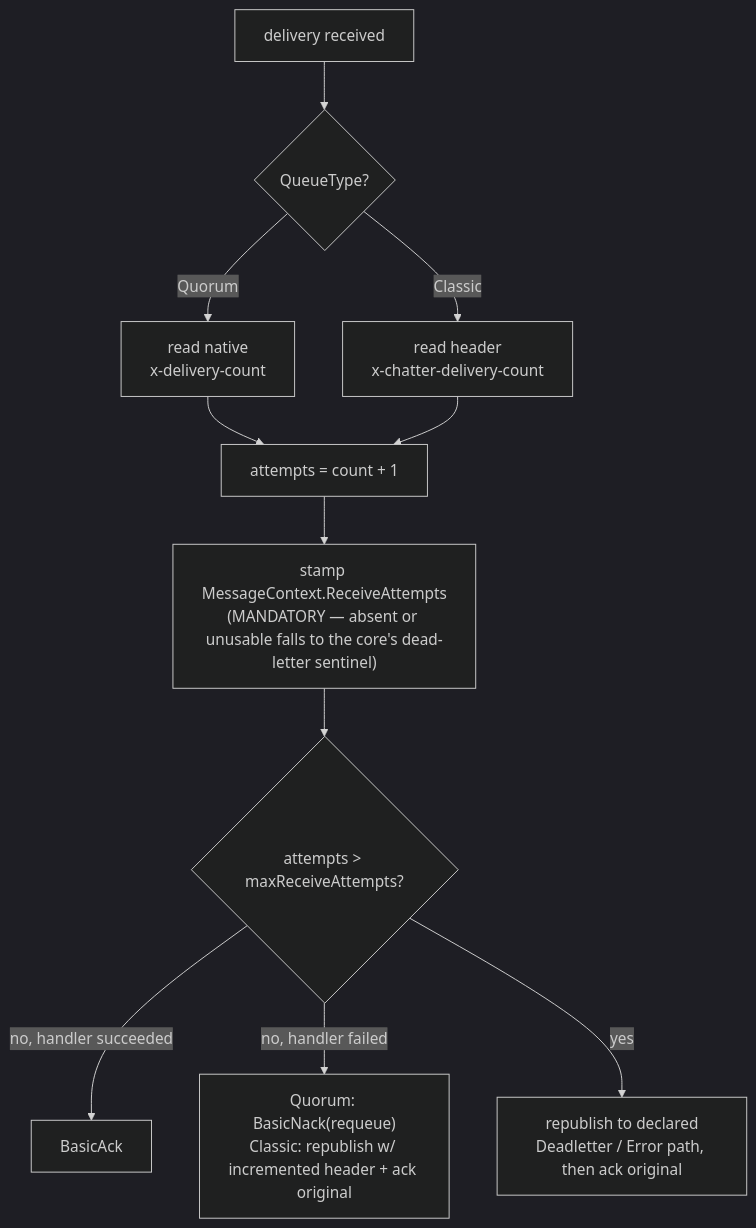
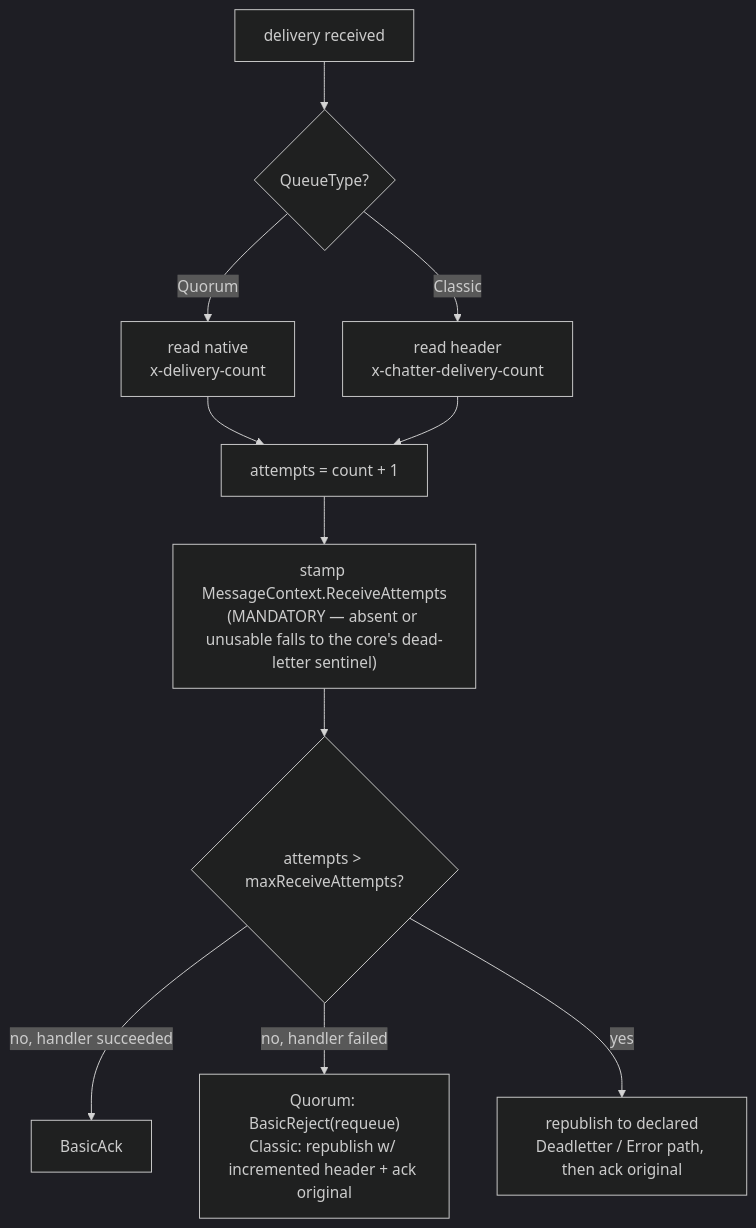
One commit to brenpike/Chatter changed the fifth of 6 diagrams in docs/design/rabbitmq-adapter.md. Above: the diagram before and after it, drawn with Mermaid (dark theme). The commit also changed other lines of this file and 16 other files, not shown here.

First line of the commit message:
fix(rabbitmq): count failed quorum deliveries on RabbitMQ 4.3+ (#533) (#541)

````diff
--- a/docs/design/rabbitmq-adapter.md
+++ b/docs/design/rabbitmq-adapter.md
@@ -291,13 +301,13 @@
 ```mermaid
 flowchart TD
     Recv["delivery received"] --> Q{"QueueType?"}
     Q -- Quorum --> XDC["read native<br/>x-delivery-count"]
     Q -- Classic --> XCH["read header<br/>x-chatter-delivery-count"]
     XDC --> Count["attempts = count + 1"]
     XCH --> Count
     Count --> Stamp["stamp MessageContext.ReceiveAttempts<br/>(MANDATORY — absent or unusable falls to the core's dead-letter sentinel)"]
     Stamp --> Decide{"attempts > maxReceiveAttempts?"}
     Decide -- no, handler succeeded --> Ack["BasicAck"]
-    Decide -- "no, handler failed" --> Redeliver["Quorum: BasicNack(requeue)<br/>Classic: republish w/ incremented header + ack original"]
+    Decide -- "no, handler failed" --> Redeliver["Quorum: BasicReject(requeue)<br/>Classic: republish w/ incremented header + ack original"]
     Decide -- yes --> DLQ["republish to declared<br/>Deadletter / Error path, then ack original"]
 ```
````
